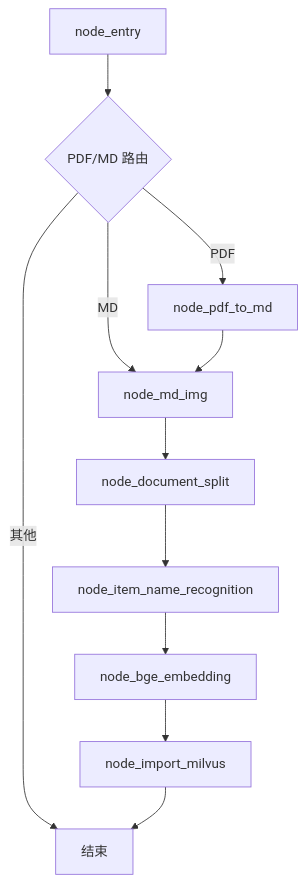
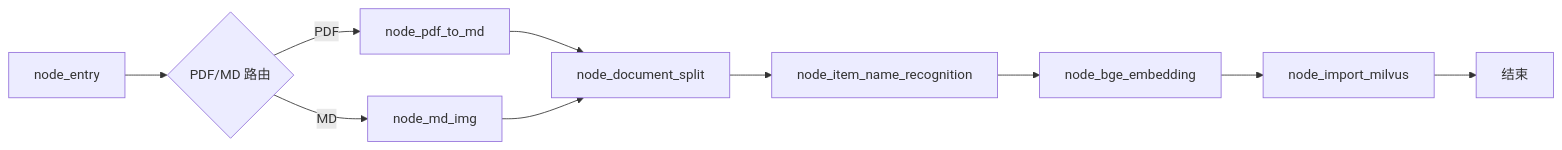
Before and after one commit to YveS-y/rag-agent: the sixth of 8 diagrams in .qoder/repowiki/zh/content/开发者指南.md, drawn with Mermaid. The commit also changed other lines of this file and 14 other files, not shown here.

````diff
--- a/.qoder/repowiki/zh/content/开发者指南.md
+++ b/.qoder/repowiki/zh/content/开发者指南.md
@@ -457,13 +226,12 @@
 ```mermaid
-flowchart TD
+flowchart LR
 Entry["node_entry"] --> Route{"PDF/MD 路由"}
 Route --> |PDF| PDF2MD["node_pdf_to_md"]
 Route --> |MD| MDImg["node_md_img"]
-Route --> |其他| END["结束"]
-PDF2MD --> MDImg
-MDImg --> Split["node_document_split"]
+PDF2MD --> Split["node_document_split"]
+MDImg --> Split
 Split --> ItemName["node_item_name_recognition"]
-ItemName --> Embed["node_bge_embedding"]
-Embed --> Milvus["node_import_milvus"]
-Milvus --> END
+ItemName --> Embedding["node_bge_embedding"]
+Embedding --> Milvus["node_import_milvus"]
+Milvus --> END["结束"]
 ```
````
